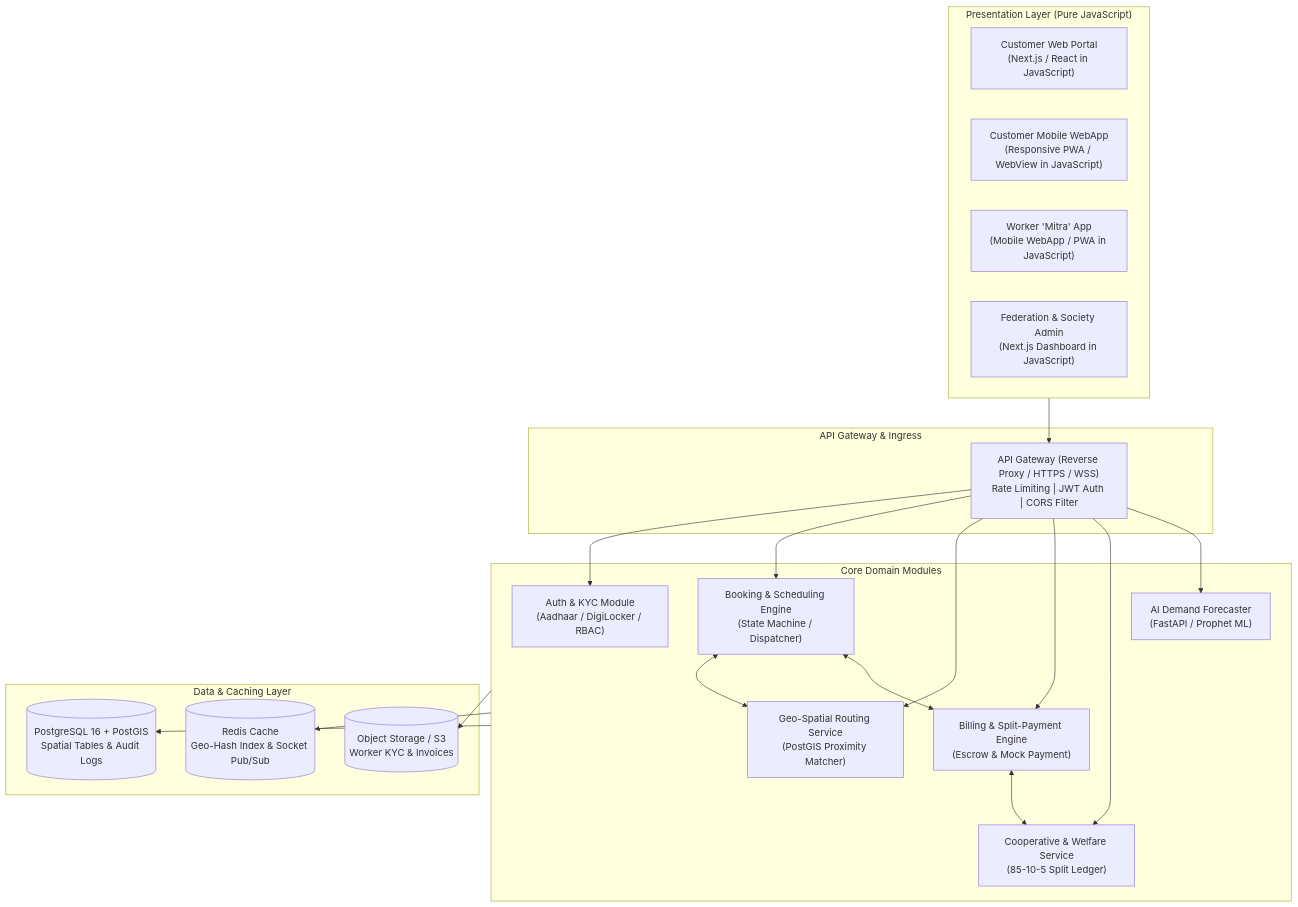
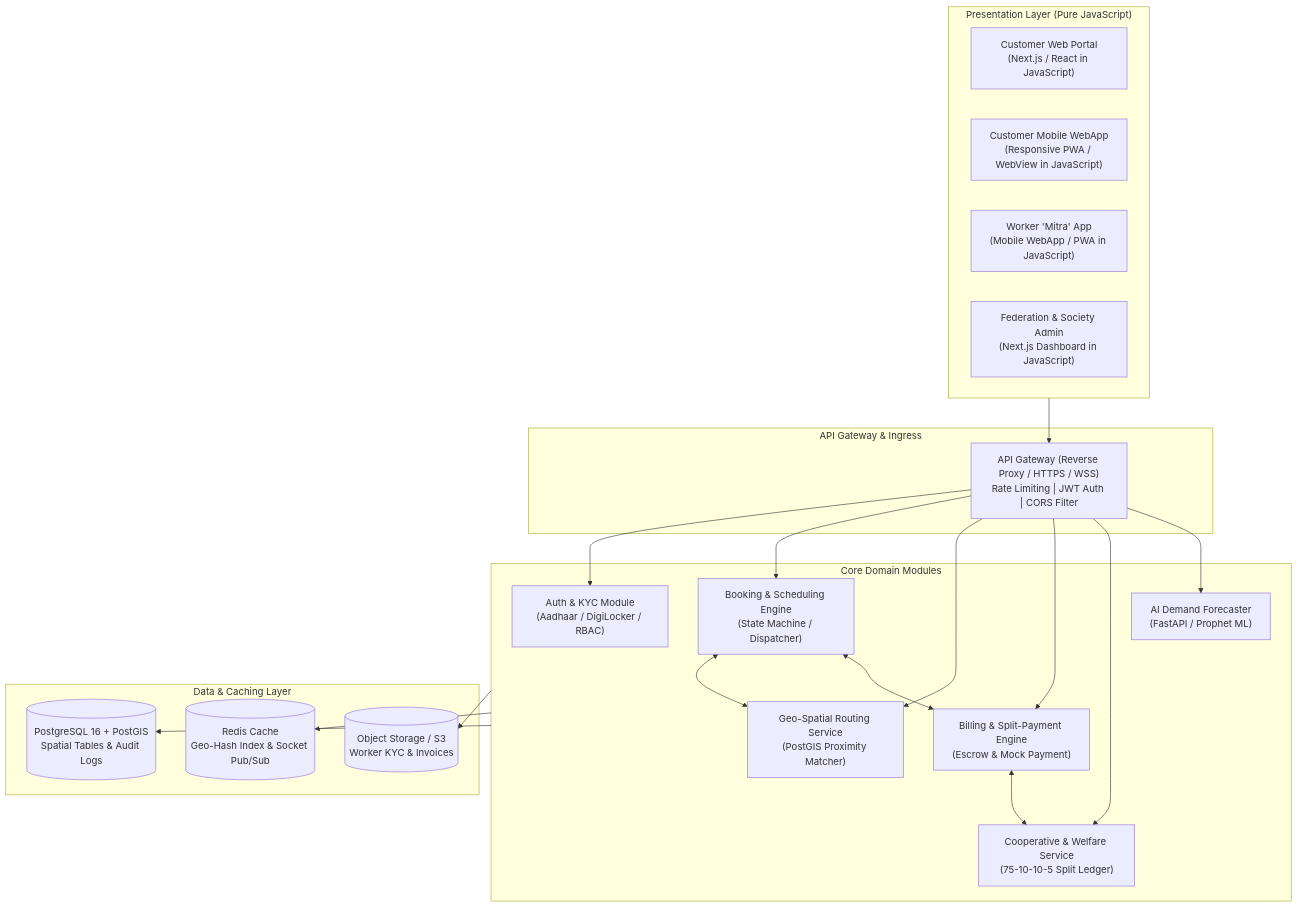
Before and after one commit to simply-piyush/A2Zee: the first of 2 diagrams in docs/ARCHITECTURE.md, drawn with Mermaid. The commit also changed other lines of this file and 51 other files, not shown here.

````diff
--- a/docs/ARCHITECTURE.md
+++ b/docs/ARCHITECTURE.md
@@ -11,44 +11,44 @@
 ```mermaid
 flowchart TB
     subgraph ClientTier ["Presentation Layer (Pure JavaScript)"]
         C_WEB["Customer Web Portal<br/>(Next.js / React in JavaScript)"]
         C_MOB["Customer Mobile WebApp<br/>(Responsive PWA / WebView in JavaScript)"]
         W_MOB["Worker 'Mitra' App<br/>(Mobile WebApp / PWA in JavaScript)"]
         A_WEB["Federation & Society Admin<br/>(Next.js Dashboard in JavaScript)"]
     end
 
     subgraph IngressTier ["API Gateway & Ingress"]
         GATEWAY["API Gateway (Reverse Proxy / HTTPS / WSS)<br/>Rate Limiting | JWT Auth | CORS Filter"]
     end
 
     subgraph ServiceTier ["Core Domain Modules"]
         AUTH_MOD["Auth & KYC Module<br/>(Aadhaar / DigiLocker / RBAC)"]
         BOOK_MOD["Booking & Scheduling Engine<br/>(State Machine / Dispatcher)"]
         GEO_MOD["Geo-Spatial Routing Service<br/>(PostGIS Proximity Matcher)"]
         BILL_MOD["Billing & Split-Payment Engine<br/>(Escrow & Mock Payment)"]
-        COOP_MOD["Cooperative & Welfare Service<br/>(85-10-5 Split Ledger)"]
+        COOP_MOD["Cooperative & Welfare Service<br/>(75-10-10-5 Split Ledger)"]
         AI_MOD["AI Demand Forecaster<br/>(FastAPI / Prophet ML)"]
     end
 
     subgraph DataTier ["Data & Caching Layer"]
         PG_DB[("PostgreSQL 16 + PostGIS<br/>Spatial Tables & Audit Logs")]
         REDIS_CACHE[("Redis Cache<br/>Geo-Hash Index & Socket Pub/Sub")]
         DOC_VAULT[("Object Storage / S3<br/>Worker KYC & Invoices")]
     end
 
     ClientTier --> GATEWAY
     GATEWAY --> AUTH_MOD
     GATEWAY --> BOOK_MOD
     GATEWAY --> GEO_MOD
     GATEWAY --> BILL_MOD
     GATEWAY --> COOP_MOD
     GATEWAY --> AI_MOD
 
     BOOK_MOD <--> GEO_MOD
     BOOK_MOD <--> BILL_MOD
     BILL_MOD <--> COOP_MOD
 
     ServiceTier --> PG_DB
     ServiceTier --> REDIS_CACHE
     ServiceTier --> DOC_VAULT
 ```
````
